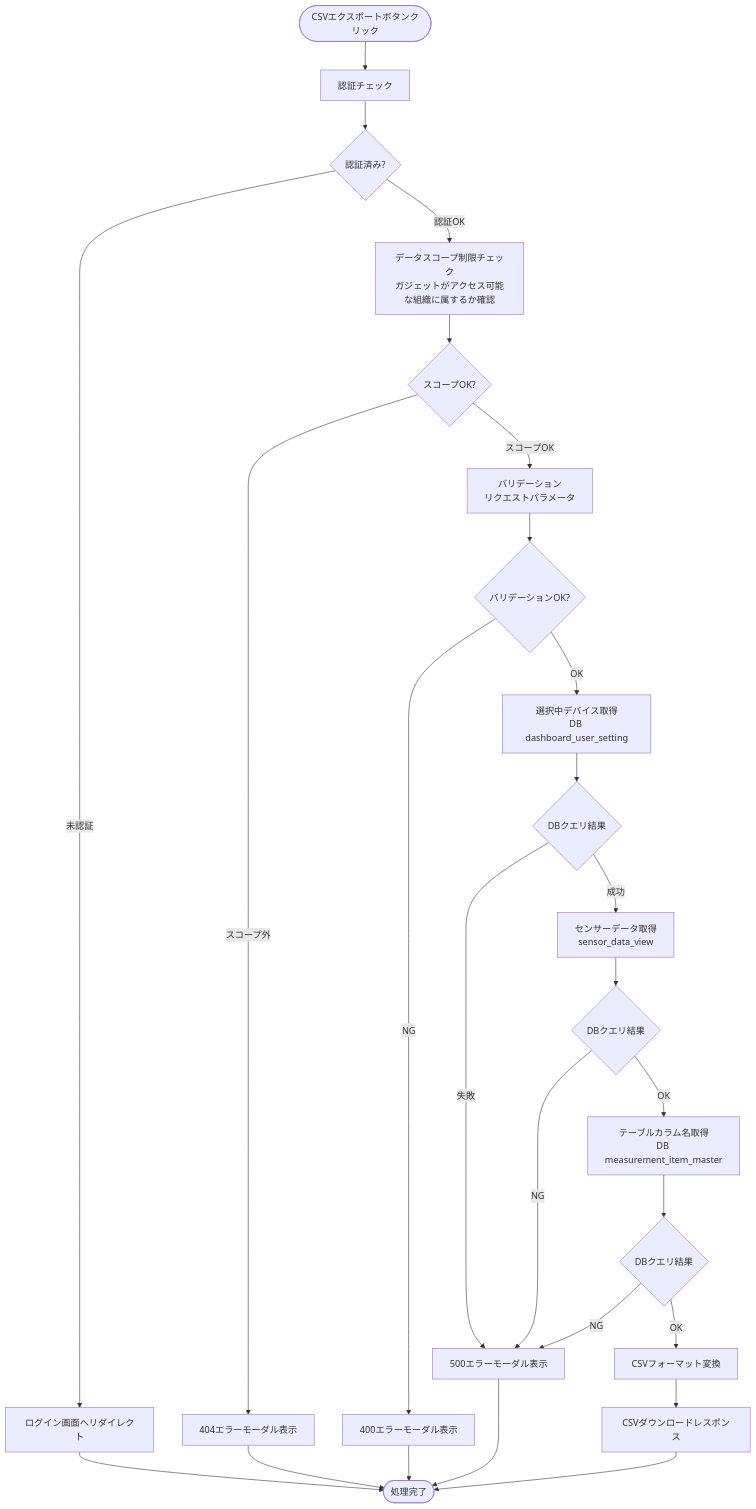
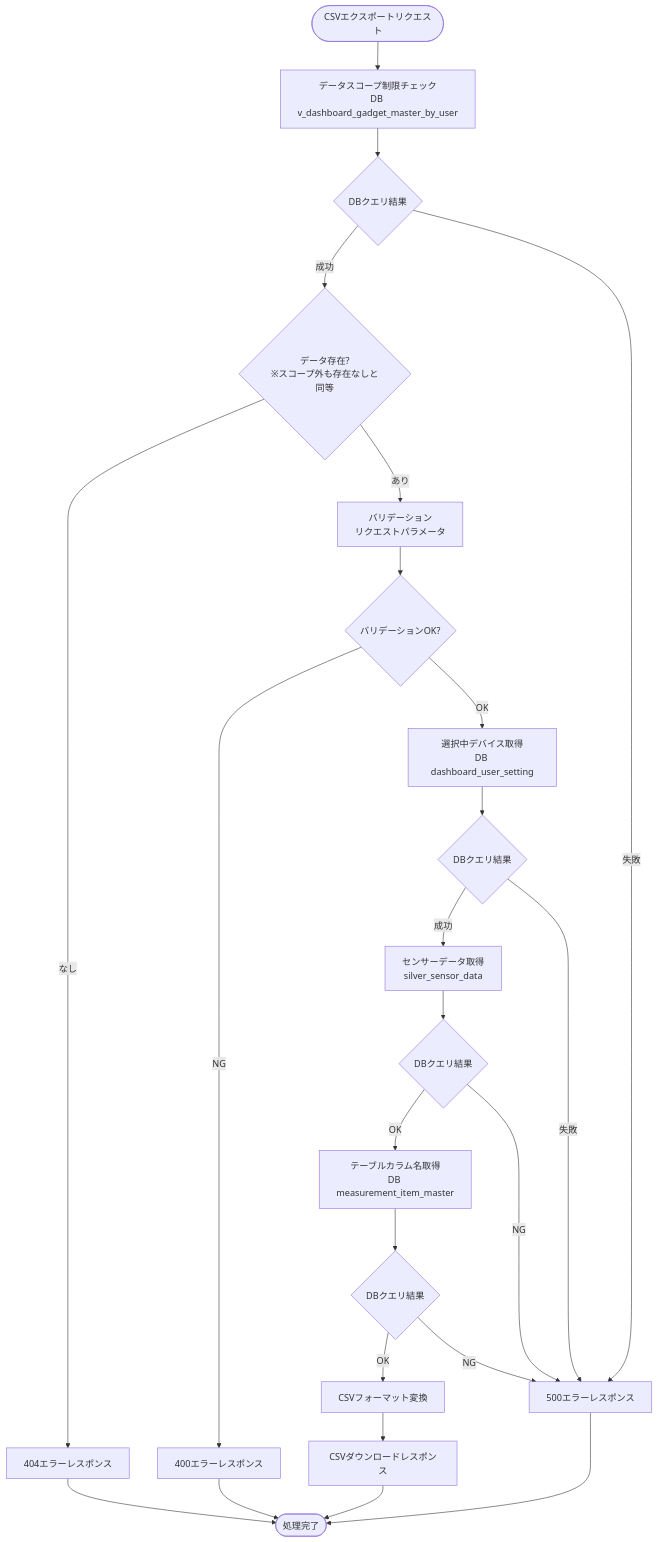
One commit to NSW-SVCP-AIWG002/Databricks-IoT changed the fifth of 5 diagrams in docs/03-features/flask-app/customer-dashboard/grid/workflow-specification.md. Above: the diagram before and after it, drawn with Mermaid. The commit also changed other lines of this file and 3 other files, not shown here.

````diff
--- a/docs/03-features/flask-app/customer-dashboard/grid/workflow-specification.md
+++ b/docs/03-features/flask-app/customer-dashboard/grid/workflow-specification.md
@@ -904,35 +873,34 @@
 ```mermaid
 flowchart TD
-    Start([CSVエクスポートボタンクリック]) --> Auth[認証チェック]
-    Auth --> CheckAuth{認証済み?}
-    CheckAuth -->|未認証| LoginRedirect[ログイン画面へリダイレクト]
-    CheckAuth -->|認証OK| Scope[データスコープ制限チェック<br>ガジェットがアクセス可能な組織に属するか確認]
+    Start([CSVエクスポートリクエスト]) --> Scope[データスコープ制限チェック<br>DB v_dashboard_gadget_master_by_user]
 
-    Scope --> CheckScope{スコープOK?}
-    CheckScope -->|スコープ外| Error404[404エラーモーダル表示]
-    CheckScope -->|スコープOK| Validate[バリデーション<br>リクエストパラメータ]
+    Scope --> CheckGetConfig{DBクエリ結果}
+    CheckGetConfig -->|成功| CheckConfig{データ存在?<br>※スコープ外も存在なしと同等}
+    CheckGetConfig -->|失敗| Error500[500エラーレスポンス]
+
+    CheckConfig -->|なし| Error404[404エラーレスポンス]
+    CheckConfig -->|あり| Validate[バリデーション<br>リクエストパラメータ]
 
     Validate --> CheckValidate{バリデーションOK?}
-    CheckValidate -->|NG| Error400[400エラーモーダル表示]
+    CheckValidate -->|NG| Error400[400エラーレスポンス]
     CheckValidate -->|OK| DeviceQuery[選択中デバイス取得<br>DB dashboard_user_setting]
 
     DeviceQuery --> CheckDeviceQuery{DBクエリ結果}
-    CheckDeviceQuery -->|失敗| Error500[500エラーモーダル表示]
-    CheckDeviceQuery -->|成功| SilverQuery[センサーデータ取得<br>sensor_data_view]
+    CheckDeviceQuery -->|成功| SilverQuery[センサーデータ取得<br>silver_sensor_data]
+    CheckDeviceQuery -->|失敗| Error500
 
     SilverQuery --> CheckSilverQuery{DBクエリ結果}
+    CheckSilverQuery -->|OK| ColumnNameQuery[テーブルカラム名取得<br>DB measurement_item_master]
     CheckSilverQuery -->|NG| Error500
-    CheckSilverQuery -->|OK| ColumnNameQuery[テーブルカラム名取得<br>DB measurement_item_master]
 
     ColumnNameQuery --> CheckColumnNameQuery{DBクエリ結果}
+    CheckColumnNameQuery -->|OK| FormatCSV[CSVフォーマット変換]
     CheckColumnNameQuery -->|NG| Error500
-    CheckColumnNameQuery -->|OK| FormatCSV[CSVフォーマット変換]
 
     FormatCSV --> Response[CSVダウンロードレスポンス]
 
-    LoginRedirect --> End([処理完了])
+    Response --> End([処理完了])
+    Error400 --> End
     Error404 --> End
-    Error400 --> End
     Error500 --> End
-    Response --> End
 ```
````
